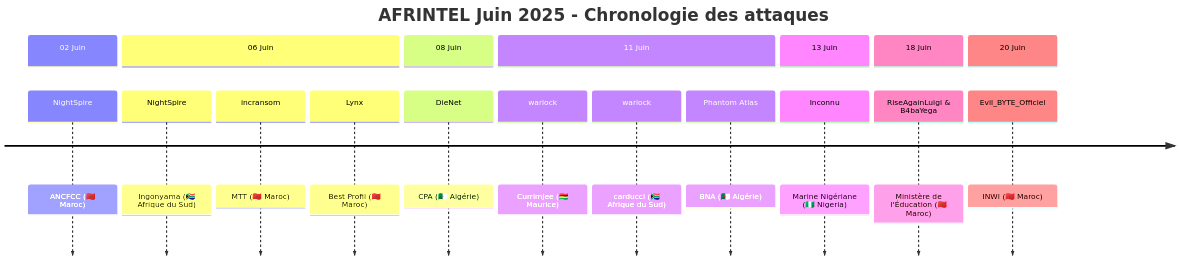
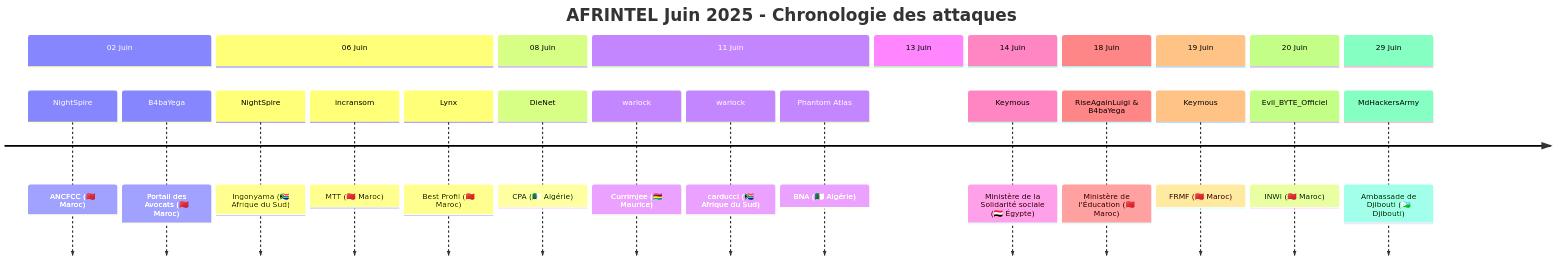
The fifth of 5 diagrams in CyberAttackAfrica/2025/06-june/README_FR.md (Hatchepsoute/AFRINTEL), drawn with Mermaid before and after one commit. The commit also changed other lines of this file and 255 other files, not shown here.

````diff
--- a/CyberAttackAfrica/2025/06-june/README_FR.md
+++ b/CyberAttackAfrica/2025/06-june/README_FR.md
@@ -153,23 +190,29 @@
 ```mermaid
 timeline
     title AFRINTEL Juin 2025 - Chronologie des attaques
 
     section 02 Juin
         NightSpire : ANCFCC (🇲🇦 Maroc)
+        B4baYega : Portail des Avocats (🇲🇦 Maroc)
     section 06 Juin
         NightSpire : Ingonyama (🇿🇦 Afrique du Sud)
         incransom : MTT (🇲🇦 Maroc)
         Lynx : Best Profil (🇲🇦 Maroc)
     section 08 Juin
         DieNet : CPA (🇩🇿 Algérie)
     section 11 Juin
         warlock : Currimjee (🇲🇺 Maurice)
         warlock : carducci (🇿🇦 Afrique du Sud)
         Phantom Atlas : BNA (🇩🇿 Algérie)
     section 13 Juin
-        Inconnu : Marine Nigériane (🇳🇬 Nigeria)
+    section 14 Juin
+        Keymous : Ministère de la Solidarité sociale (🇪🇬 Égypte)
     section 18 Juin
         RiseAgainLuigi & B4baYega : Ministère de l'Éducation (🇲🇦 Maroc)
+    section 19 Juin
+        Keymous : FRMF (🇲🇦 Maroc)
     section 20 Juin
         Evil_BYTE_Officiel : INWI (🇲🇦 Maroc)
+    section 29 Juin
+        MdHackersArmy : Ambassade de Djibouti (🇩🇯 Djibouti)
 ```
````
